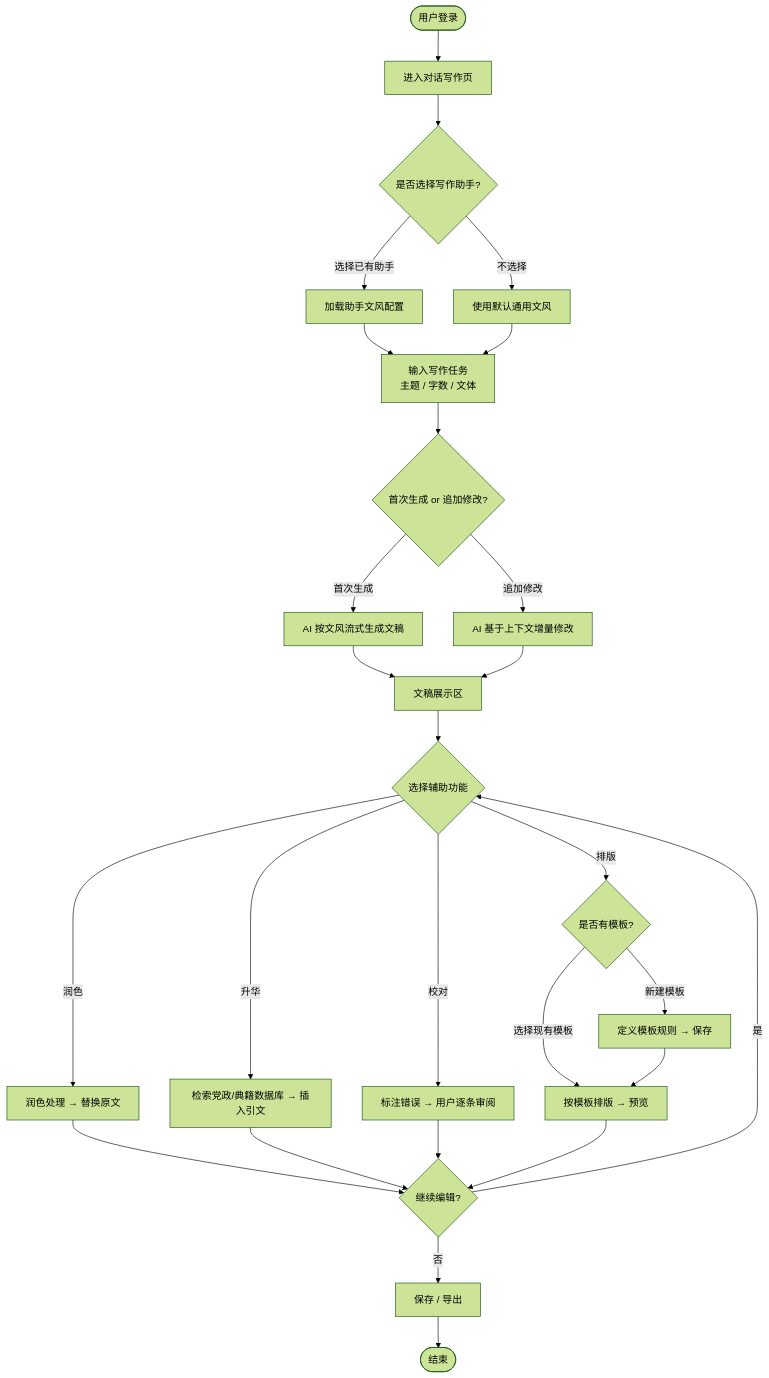
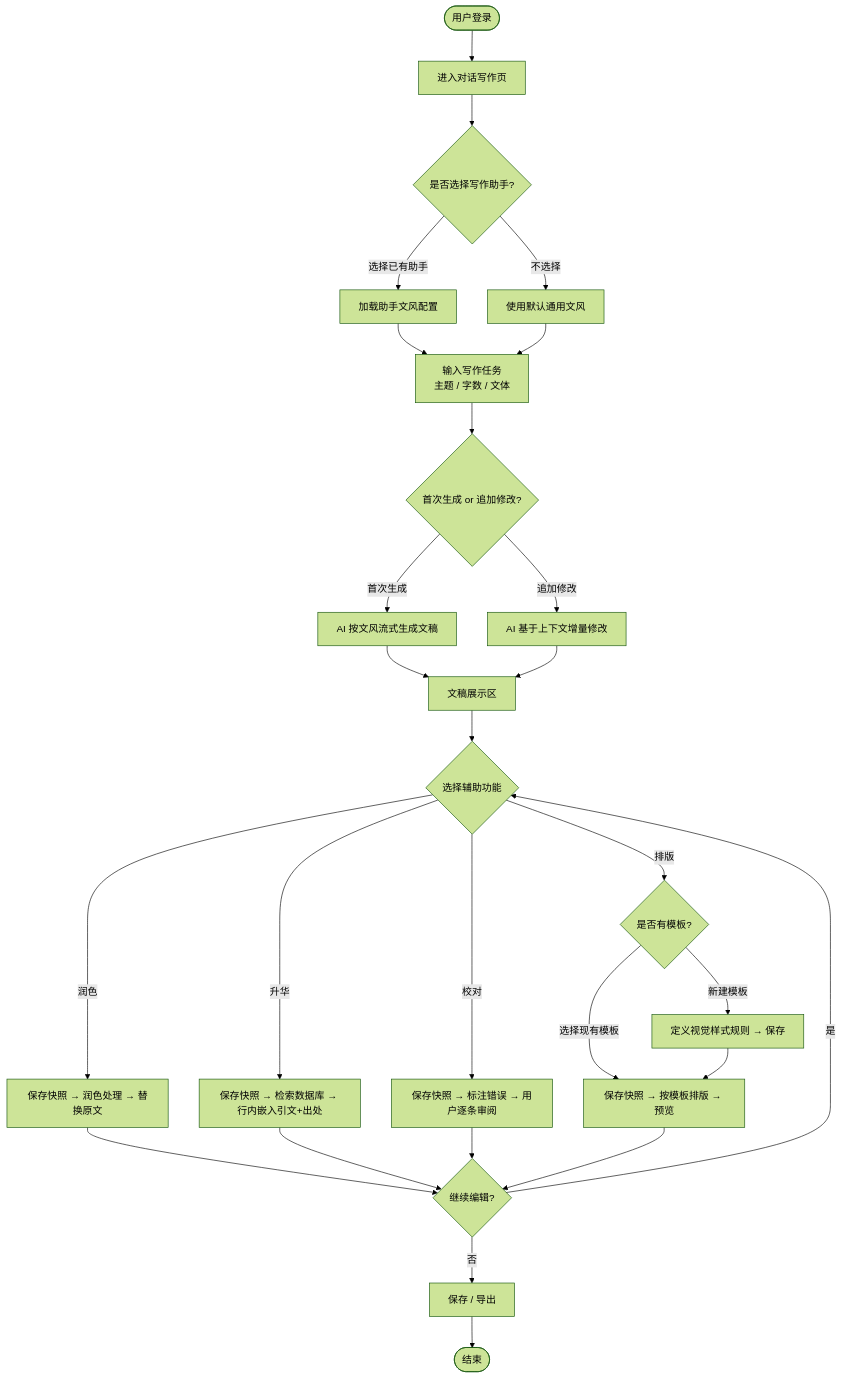
Before and after one commit to wfpepsi/black_tea: the first of 5 diagrams in PRD.md, drawn with Mermaid (forest theme). The commit also changed other lines of this file, not shown here.

````diff
--- a/PRD.md
+++ b/PRD.md
@@ -103,24 +104,24 @@
 ```mermaid
 flowchart TD
     A([用户登录]) --> B[进入对话写作页]
     B --> C{是否选择写作助手?}
     C -- 选择已有助手 --> D[加载助手文风配置]
     C -- 不选择 --> E[使用默认通用文风]
     D & E --> F[输入写作任务\n主题 / 字数 / 文体]
     F --> G{首次生成 or 追加修改?}
     G -- 首次生成 --> H[AI 按文风流式生成文稿]
     G -- 追加修改 --> I[AI 基于上下文增量修改]
     H --> J[文稿展示区]
     I --> J
     J --> K{选择辅助功能}
-    K -- 润色 --> L[润色处理 → 替换原文]
-    K -- 升华 --> M[检索党政/典籍数据库 → 插入引文]
-    K -- 校对 --> N[标注错误 → 用户逐条审阅]
+    K -- 润色 --> L[保存快照 → 润色处理 → 替换原文]
+    K -- 升华 --> M[保存快照 → 检索数据库 → 行内嵌入引文+出处]
+    K -- 校对 --> N[保存快照 → 标注错误 → 用户逐条审阅]
     K -- 排版 --> O{是否有模板?}
-    O -- 选择现有模板 --> P[按模板排版 → 预览]
-    O -- 新建模板 --> Q[定义模板规则 → 保存] --> P
+    O -- 选择现有模板 --> P[保存快照 → 按模板排版 → 预览]
+    O -- 新建模板 --> Q[定义视觉样式规则 → 保存] --> P
     L & M & N & P --> R{继续编辑?}
     R -- 是 --> K
     R -- 否 --> S[保存 / 导出]
     S --> T([结束])
 ```
````
